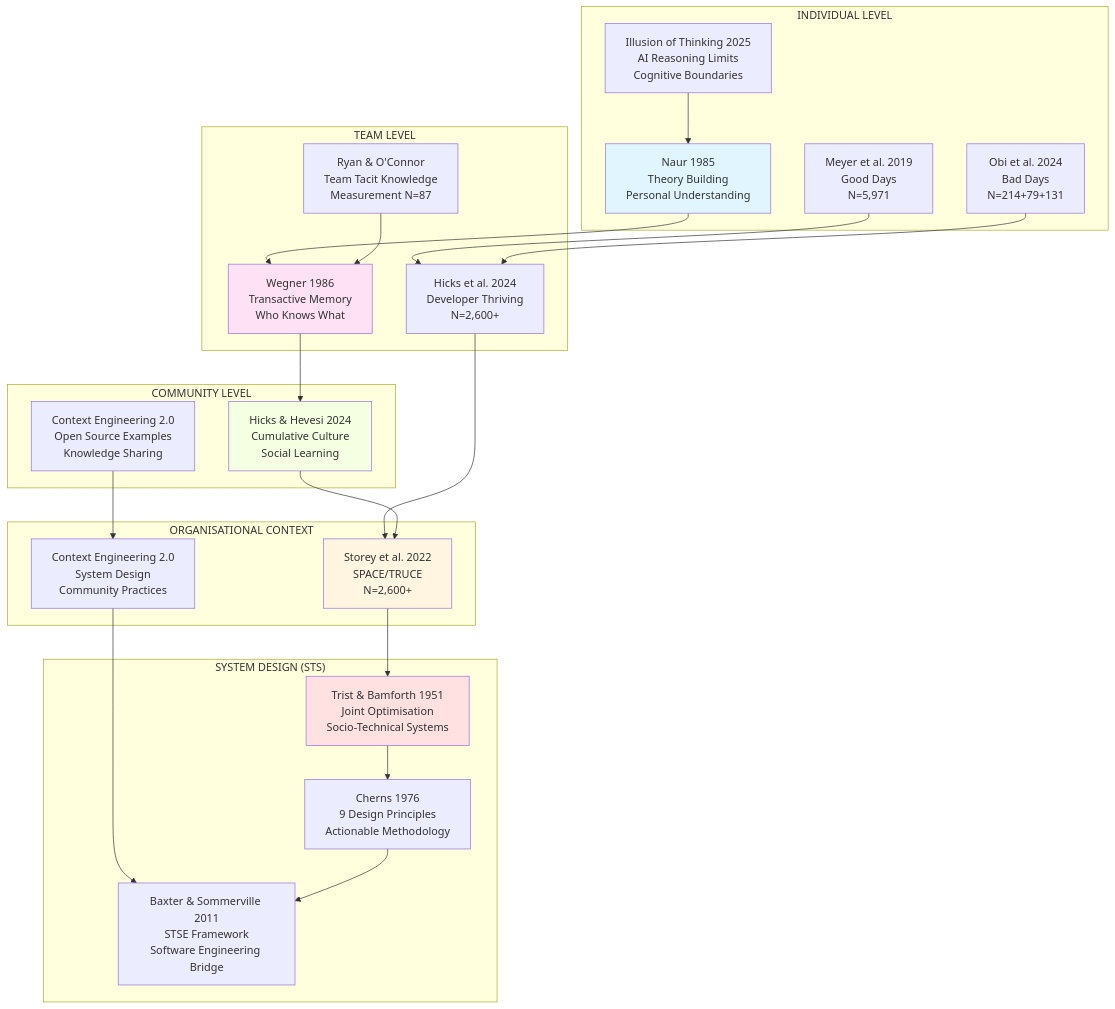
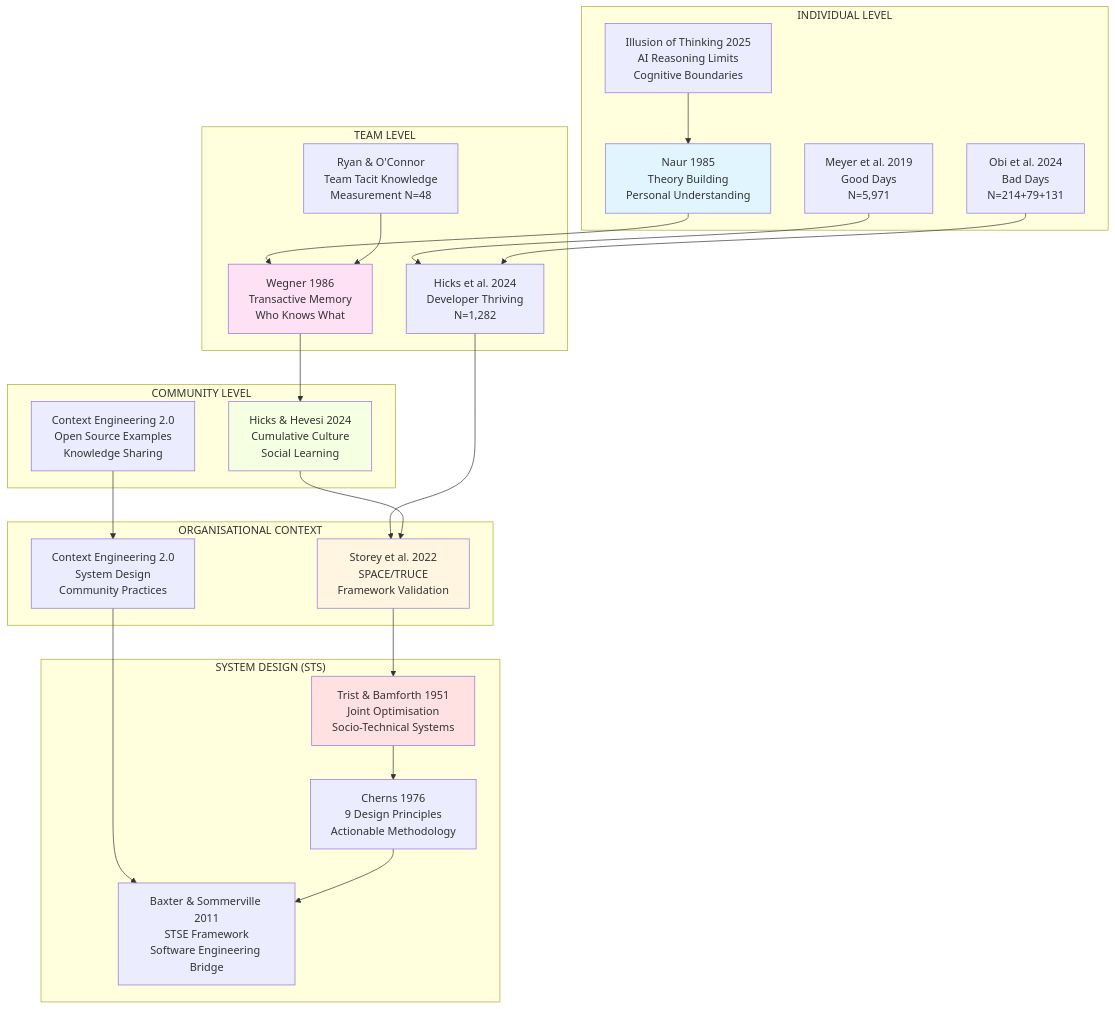
Before and after one commit to CdrBlair/project-2501: the second of 10 diagrams in concepts/integration_framework-architecture.md, drawn with Mermaid. The commit also changed other lines of this file and 2 other files, not shown here.

````diff
--- a/concepts/integration_framework-architecture.md
+++ b/concepts/integration_framework-architecture.md
@@ -122,54 +122,54 @@
 ```mermaid
 graph TB
     subgraph "SYSTEM DESIGN (STS)"
         S1[Trist & Bamforth 1951<br/>Joint Optimisation<br/>Socio-Technical Systems]
         S2[Cherns 1976<br/>9 Design Principles<br/>Actionable Methodology]
         S3[Baxter & Sommerville 2011<br/>STSE Framework<br/>Software Engineering Bridge]
     end
     
     subgraph "ORGANISATIONAL CONTEXT"
-        O1[Storey et al. 2022<br/>SPACE/TRUCE<br/>N=2,600+]
+        O1[Storey et al. 2022<br/>SPACE/TRUCE<br/>Framework Validation]
         O2[Context Engineering 2.0<br/>System Design<br/>Community Practices]
     end
     
     subgraph "COMMUNITY LEVEL"
         C1[Hicks & Hevesi 2024<br/>Cumulative Culture<br/>Social Learning]
         C2[Context Engineering 2.0<br/>Open Source Examples<br/>Knowledge Sharing]
     end
     
     subgraph "TEAM LEVEL"
         T1[Wegner 1986<br/>Transactive Memory<br/>Who Knows What]
-        T2[Ryan & O'Connor<br/>Team Tacit Knowledge<br/>Measurement N=87]
-        T3[Hicks et al. 2024<br/>Developer Thriving<br/>N=2,600+]
+        T2[Ryan & O'Connor<br/>Team Tacit Knowledge<br/>Measurement N=48]
+        T3[Hicks et al. 2024<br/>Developer Thriving<br/>N=1,282]
     end
     
     subgraph "INDIVIDUAL LEVEL"
         I1[Naur 1985<br/>Theory Building<br/>Personal Understanding]
         I2[Meyer et al. 2019<br/>Good Days<br/>N=5,971]
         I3[Obi et al. 2024<br/>Bad Days<br/>N=214+79+131]
         I4[Illusion of Thinking 2025<br/>AI Reasoning Limits<br/>Cognitive Boundaries]
     end
     
     I1 --> T1
     I2 --> T3
     I3 --> T3
     I4 --> I1
     
     T1 --> C1
     T2 --> T1
     T3 --> O1
     
     C1 --> O1
     C2 --> O2
     O1 --> S1
     O2 --> S3
     
     S1 --> S2
     S2 --> S3
     
     style I1 fill:#e1f5ff
     style T1 fill:#ffe1f5
     style C1 fill:#f5ffe1
     style O1 fill:#fff5e1
     style S1 fill:#ffe1e1
 ```
````
